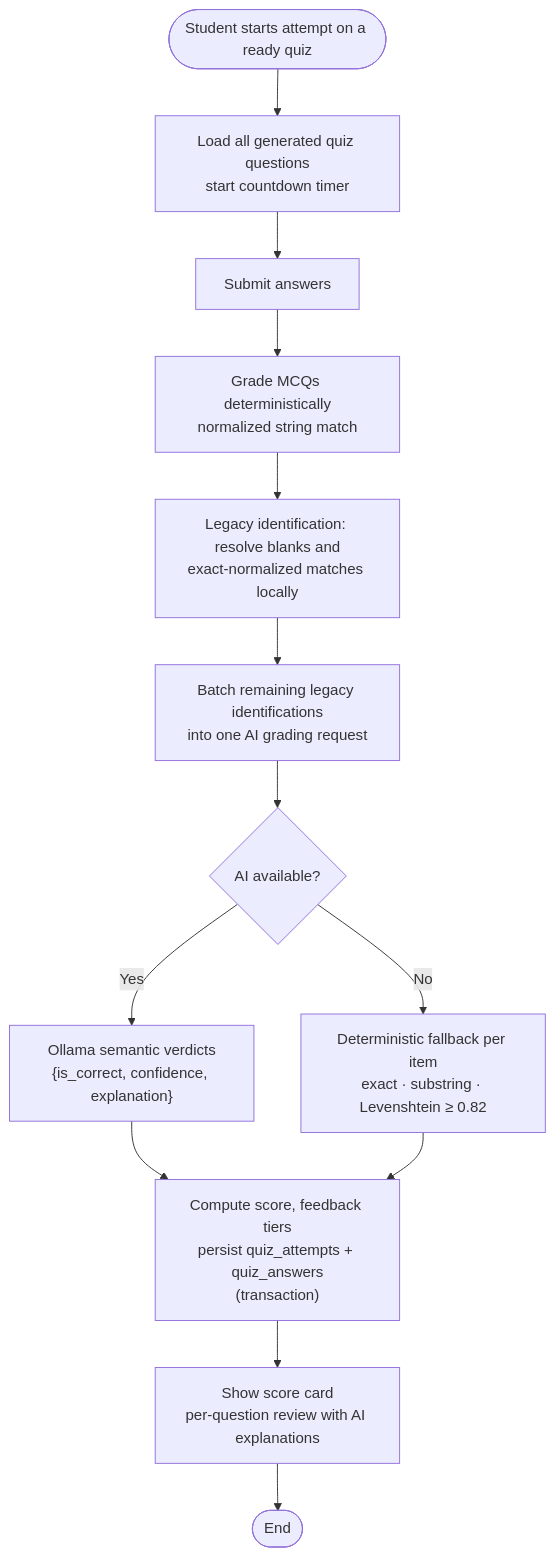
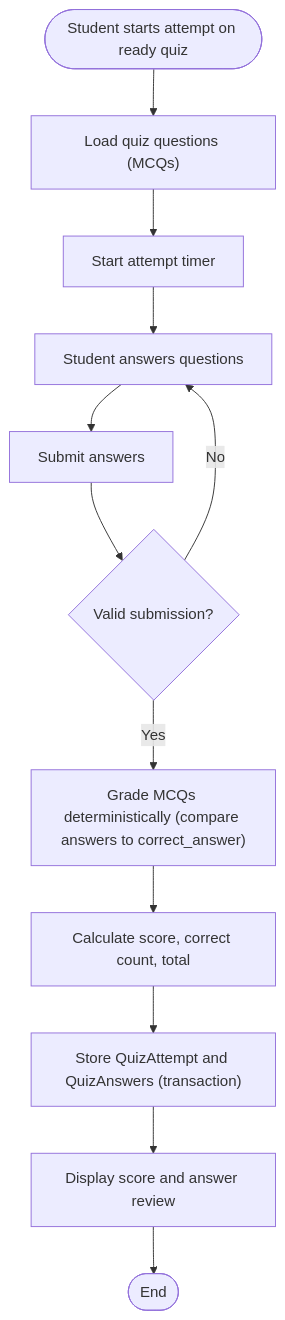
The diagram in docs/thesis-diagrams/08-attempt-grading-flowchart.md (natsuck/aguhonai), drawn with Mermaid before and after one commit. The commit also changed other lines of this file and 20 other files, not shown here.

Commit message:
added diagrams

````diff
--- a/docs/thesis-diagrams/08-attempt-grading-flowchart.md
+++ b/docs/thesis-diagrams/08-attempt-grading-flowchart.md
@@ -3,20 +3,18 @@
 ```mermaid
 flowchart TD
-    START([Student starts attempt on a ready quiz])
-    LOAD["Load all generated quiz questions<br/>start countdown timer"]
-    ANSW[Submit answers]
-    GMCQ["Grade MCQs deterministically<br/>normalized string match"]
-    RESO["Legacy identification: resolve blanks and<br/>exact-normalized matches locally"]
-    BATCH["Batch remaining legacy identifications<br/>into one AI grading request"]
-    AVAIL{AI available?}
-    SEM["Ollama semantic verdicts<br/>{is_correct, confidence, explanation}"]
-    FALL["Deterministic fallback per item<br/>exact · substring · Levenshtein ≥ 0.82"]
-    SCORE["Compute score, feedback tiers<br/>persist quiz_attempts + quiz_answers<br/>(transaction)"]
-    SHOW["Show score card<br/>per-question review with AI explanations"]
+    START([Student starts attempt on ready quiz])
+    LOAD["Load quiz questions (MCQs)"]
+    TIMER["Start attempt timer"]
+    ANSWER["Student answers questions"]
+    SUBMIT["Submit answers"]
+    VALID{Valid submission?}
+    GRADE["Grade MCQs deterministically (compare answers to correct_answer)"]
+    CALC["Calculate score, correct count, total"]
+    STORE["Store QuizAttempt and QuizAnswers (transaction)"]
+    REVIEW["Display score and answer review"]
     END([End])
 
-    START --> LOAD --> ANSW --> GMCQ --> RESO --> BATCH --> AVAIL
-    AVAIL -- "Yes" --> SEM --> SCORE
-    AVAIL -- "No" --> FALL --> SCORE
-    SCORE --> SHOW --> END
+    START --> LOAD --> TIMER --> ANSWER --> SUBMIT --> VALID
+    VALID -- "No" --> ANSWER
+    VALID -- "Yes" --> GRADE --> CALC --> STORE --> REVIEW --> END
 ```
````
